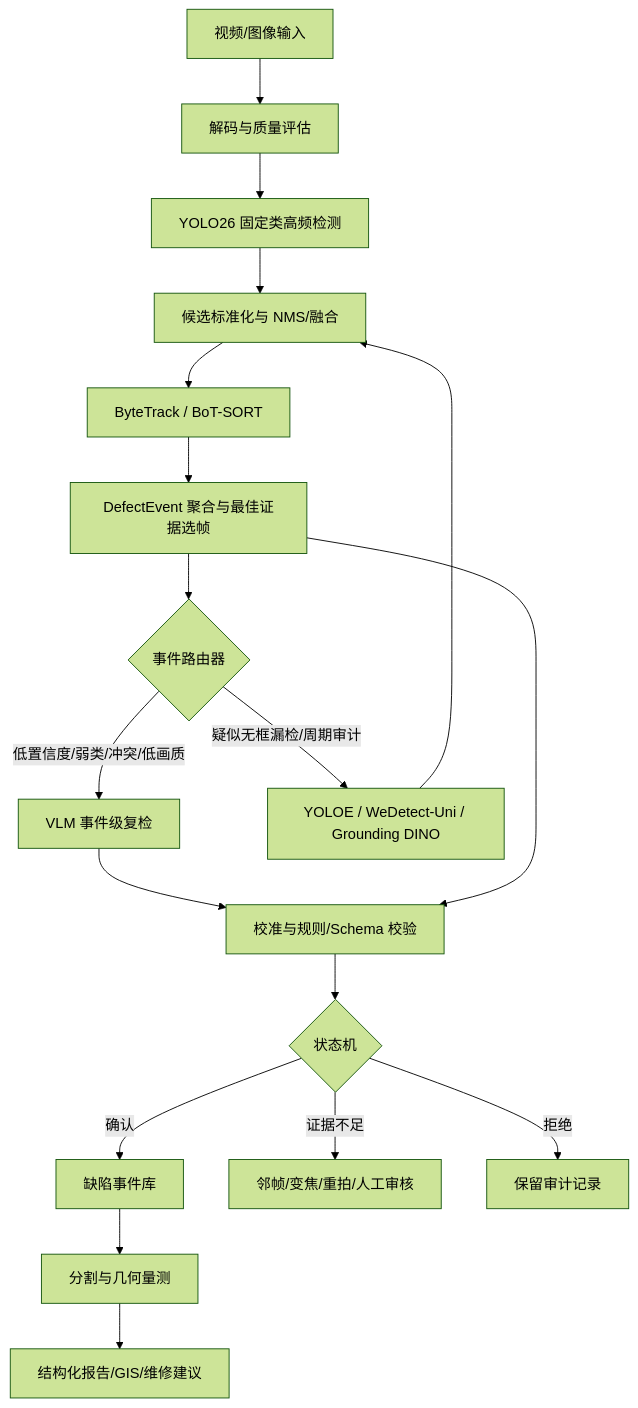
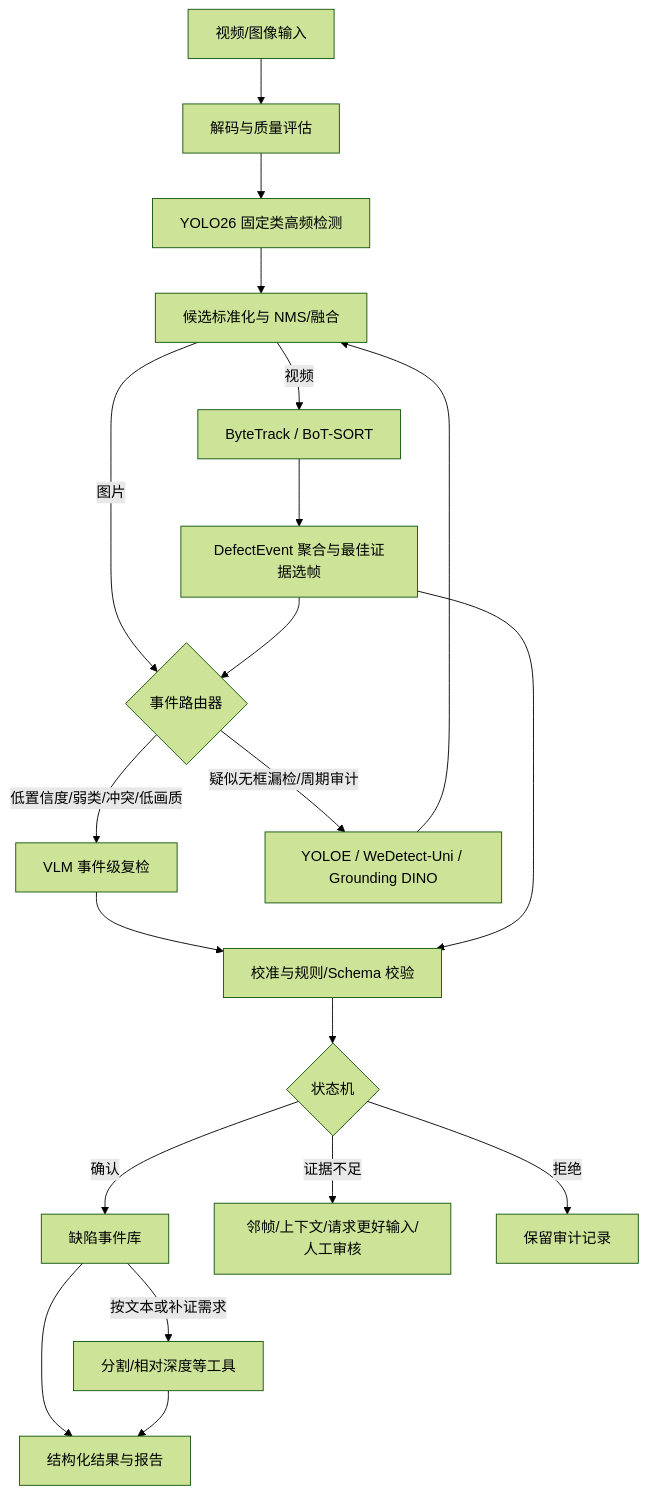
Before and after one commit to huicod/sewer-agent: the diagram in vlm_review/VLM_YOLO_ARCHITECTURE_AND_RESEARCH_SUMMARY.md, drawn with Mermaid (forest theme). The commit also changed other lines of this file and 8 other files, not shown here.

````diff
--- a/vlm_review/VLM_YOLO_ARCHITECTURE_AND_RESEARCH_SUMMARY.md
+++ b/vlm_review/VLM_YOLO_ARCHITECTURE_AND_RESEARCH_SUMMARY.md
@@ -66,20 +68,22 @@
 ```mermaid
 flowchart TD
     A[视频/图像输入] --> B[解码与质量评估]
     B --> C[YOLO26 固定类高频检测]
     C --> D[候选标准化与 NMS/融合]
-    D --> E[ByteTrack / BoT-SORT]
+    D -->|视频| E[ByteTrack / BoT-SORT]
+    D -->|图片| G
     E --> F[DefectEvent 聚合与最佳证据选帧]
     F --> G{事件路由器}
     G -->|低置信度/弱类/冲突/低画质| H[VLM 事件级复检]
     G -->|疑似无框漏检/周期审计| I[YOLOE / WeDetect-Uni / Grounding DINO]
     I --> D
     H --> J[校准与规则/Schema 校验]
     F --> J
     J --> K{状态机}
     K -->|确认| L[缺陷事件库]
-    K -->|证据不足| M[邻帧/变焦/重拍/人工审核]
+    K -->|证据不足| M[邻帧/上下文/请求更好输入/人工审核]
     K -->|拒绝| N[保留审计记录]
-    L --> O[分割与几何量测]
-    O --> P[结构化报告/GIS/维修建议]
+    L --> P[结构化结果与报告]
+    L -->|按文本或补证需求| O[分割/相对深度等工具]
+    O --> P
 ```
````
